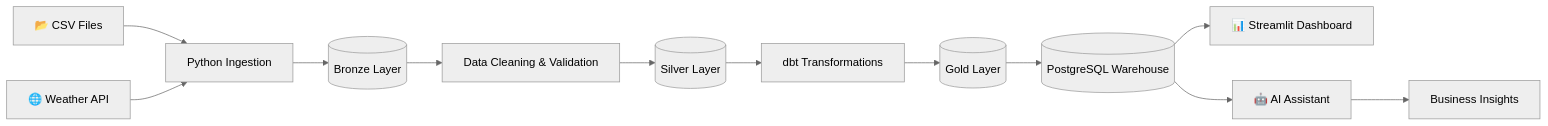
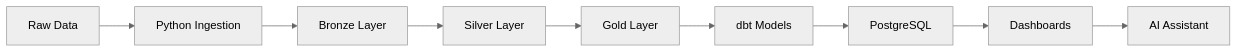
The second of 3 diagrams in README.md (Dheerajyadav1/datapilot-platform), drawn with Mermaid (neutral theme) before and after one commit. The commit also changed other lines of this file and 5 other files, not shown here.

````diff
--- a/README.md
+++ b/README.md
@@ -324,27 +281,21 @@
 ```mermaid
 flowchart LR
 
-    A[📂 CSV Files]
-    B[🌐 Weather API]
+A[Raw Data]
 
-    A --> C[Python Ingestion]
-    B --> C
+--> B[Python Ingestion]
 
-    C --> D[(Bronze Layer)]
+--> C[Bronze Layer]
 
-    D --> E[Data Cleaning & Validation]
+--> D[Silver Layer]
 
-    E --> F[(Silver Layer)]
+--> E[Gold Layer]
 
-    F --> G[dbt Transformations]
+--> F[dbt Models]
 
-    G --> H[(Gold Layer)]
+--> G[PostgreSQL]
 
-    H --> I[(PostgreSQL Warehouse)]
+--> H[Dashboards]
 
-    I --> J[📊 Streamlit Dashboard]
-
-    I --> K[🤖 AI Assistant]
-
-    K --> L[Business Insights]
+--> I[AI Assistant]
 ```
````
